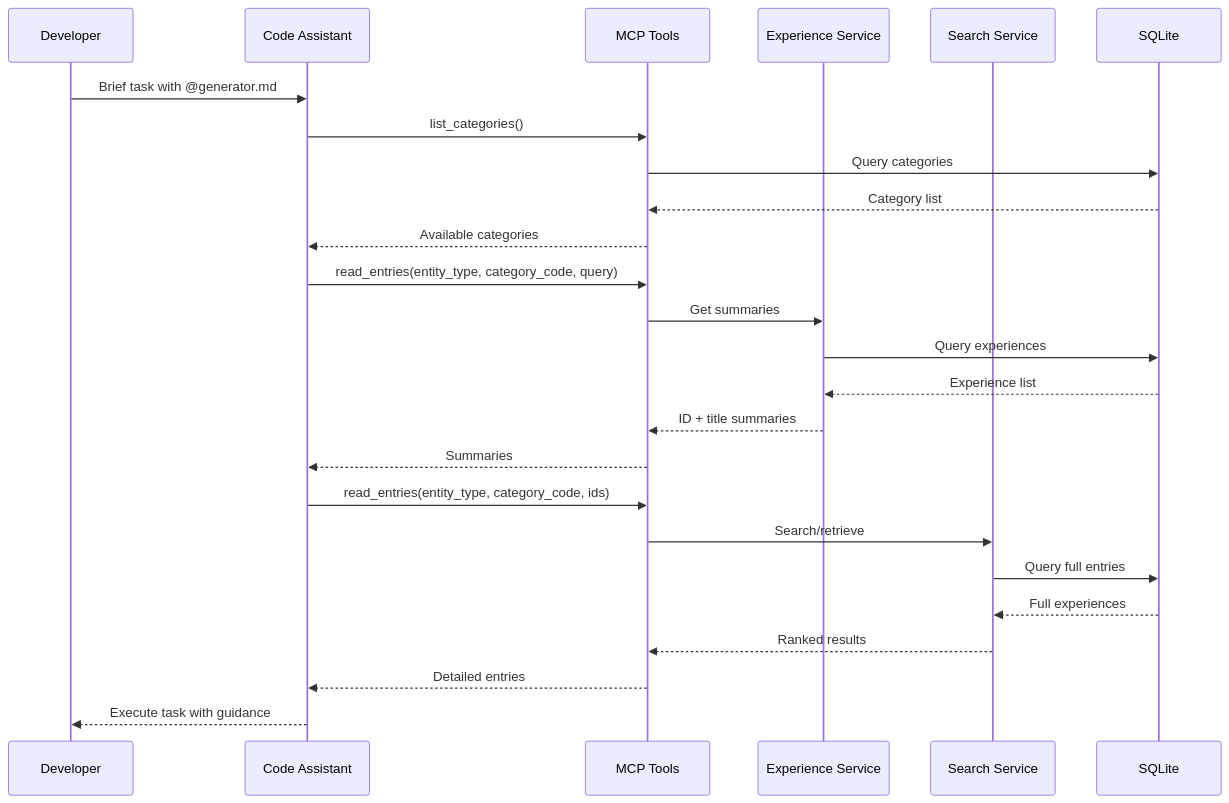
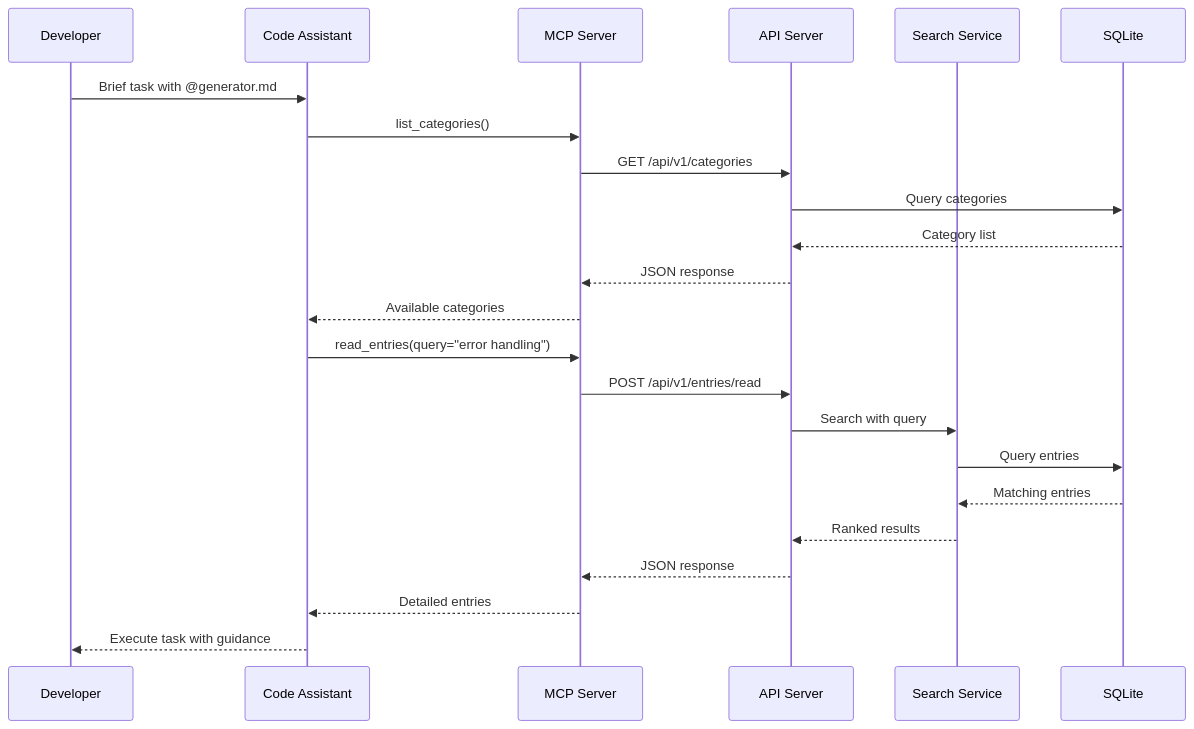
The second of 4 diagrams in doc/architecture.md (tyouritsugun/curated-heuristic-loop), drawn with Mermaid before and after one commit. The commit also changed other lines of this file and 143 other files, not shown here.

````diff
--- a/doc/architecture.md
+++ b/doc/architecture.md
@@ -56,31 +170,28 @@
 ```mermaid
 sequenceDiagram
     participant Dev as Developer
     participant LLM as Code Assistant
-    participant MCP as MCP Tools
-    participant ES as Experience Service
-    participant SS as Search Service
+    participant MCP as MCP Server
+    participant API as API Server
+    participant SEARCH as Search Service
     participant DB as SQLite
 
     Dev->>LLM: Brief task with @generator.md
     LLM->>MCP: list_categories()
-    MCP->>DB: Query categories
-    DB-->>MCP: Category list
+    MCP->>API: GET /api/v1/categories
+    API->>DB: Query categories
+    DB-->>API: Category list
+    API-->>MCP: JSON response
     MCP-->>LLM: Available categories
 
-    LLM->>MCP: read_entries(entity_type, category_code, query)
-    MCP->>ES: Get summaries
-    ES->>DB: Query experiences
-    DB-->>ES: Experience list
-    ES-->>MCP: ID + title summaries
-    MCP-->>LLM: Summaries
-
-    LLM->>MCP: read_entries(entity_type, category_code, ids)
-    MCP->>SS: Search/retrieve
-    SS->>DB: Query full entries
-    DB-->>SS: Full experiences
-    SS-->>MCP: Ranked results
+    LLM->>MCP: read_entries(query="error handling")
+    MCP->>API: POST /api/v1/entries/read
+    API->>SEARCH: Search with query
+    SEARCH->>DB: Query entries
+    DB-->>SEARCH: Matching entries
+    SEARCH-->>API: Ranked results
+    API-->>MCP: JSON response
     MCP-->>LLM: Detailed entries
 
     LLM-->>Dev: Execute task with guidance
 ```
````
